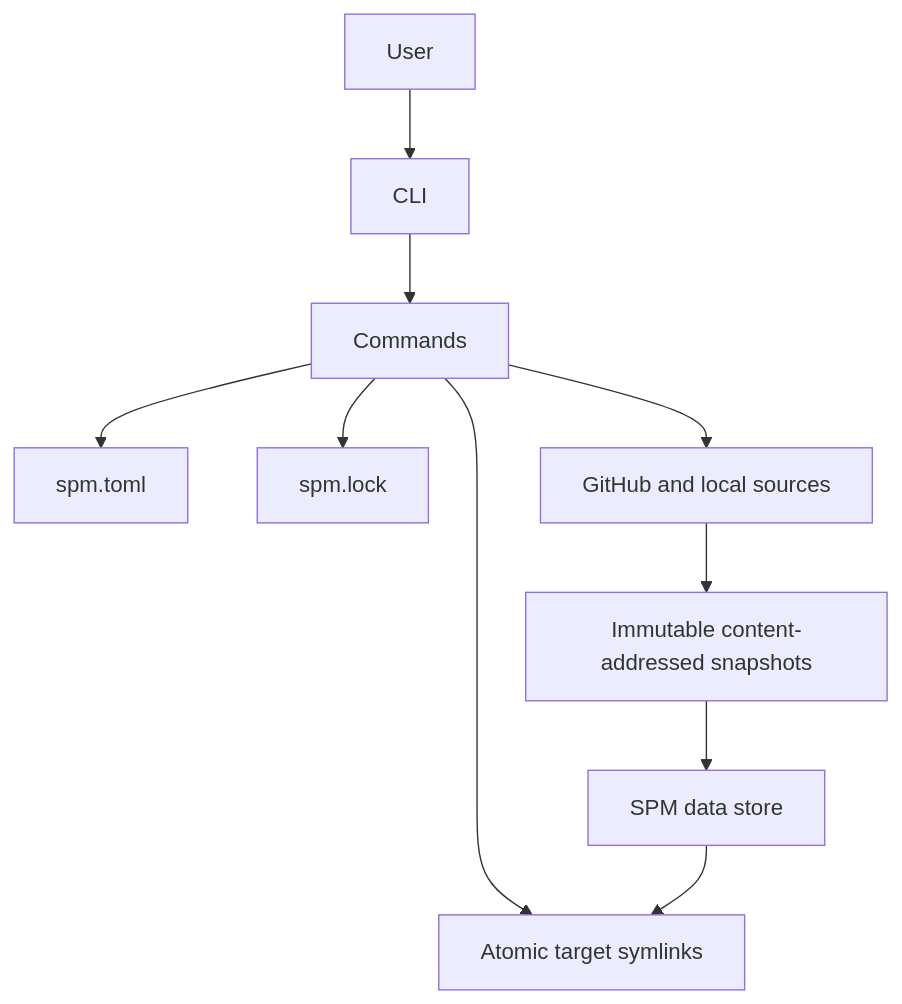
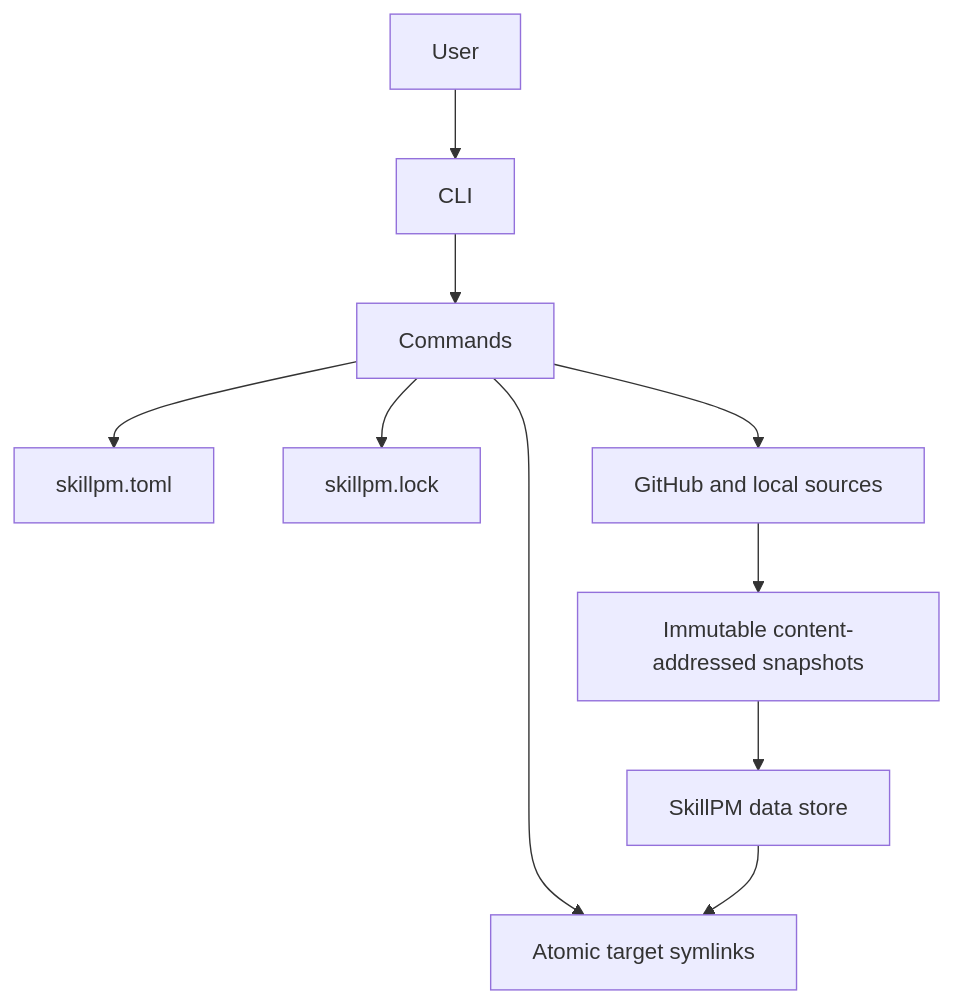
One commit to gshahbazian/skillpm changed the diagram in README.md. Above: the diagram before and after it, drawn with Mermaid. The commit also changed other lines of this file and 22 other files, not shown here.

````diff
--- a/README.md
+++ b/README.md
@@ -365,12 +365,12 @@
 ```mermaid
 flowchart TD
     User --> CLI
     CLI --> Commands
-    Commands --> Config["spm.toml"]
-    Commands --> Lock["spm.lock"]
+    Commands --> Config["skillpm.toml"]
+    Commands --> Lock["skillpm.lock"]
     Commands --> Sources["GitHub and local sources"]
     Sources --> Snapshots["Immutable content-addressed snapshots"]
-    Snapshots --> Store["SPM data store"]
+    Snapshots --> Store["SkillPM data store"]
     Commands --> Targets["Atomic target symlinks"]
     Store --> Targets
 ```
````
